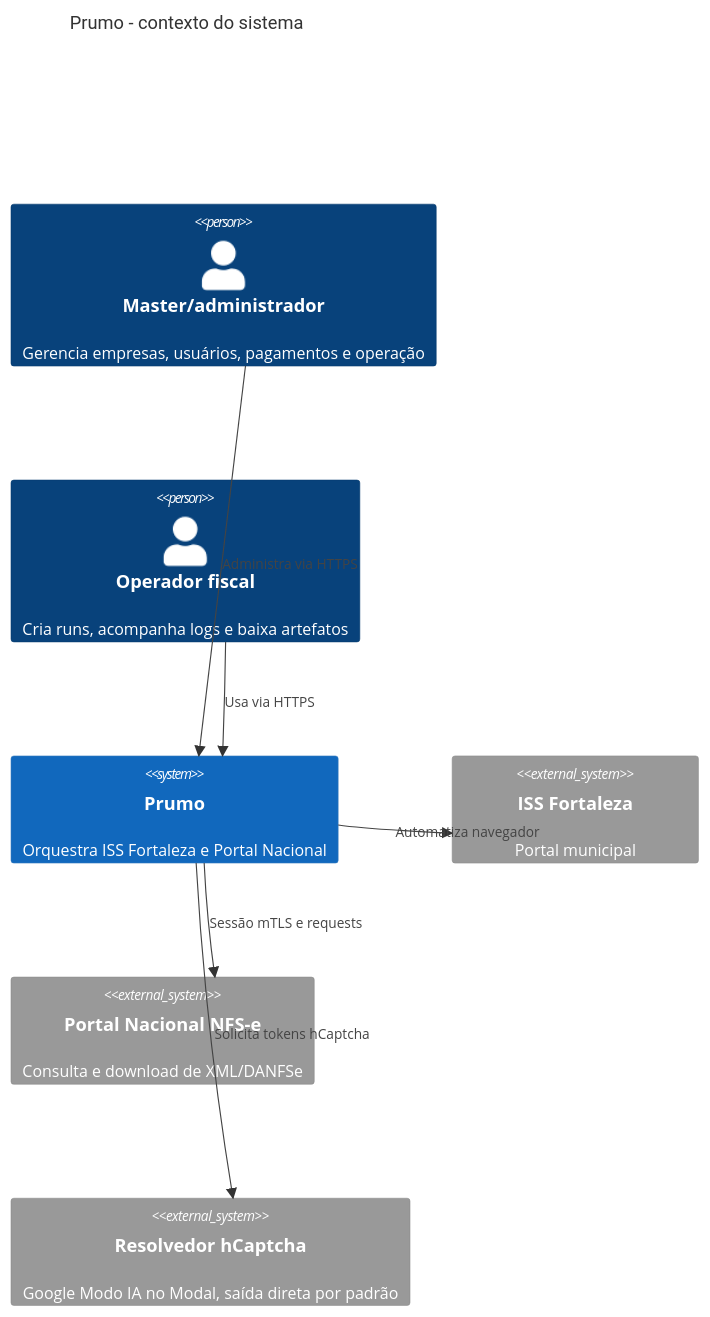
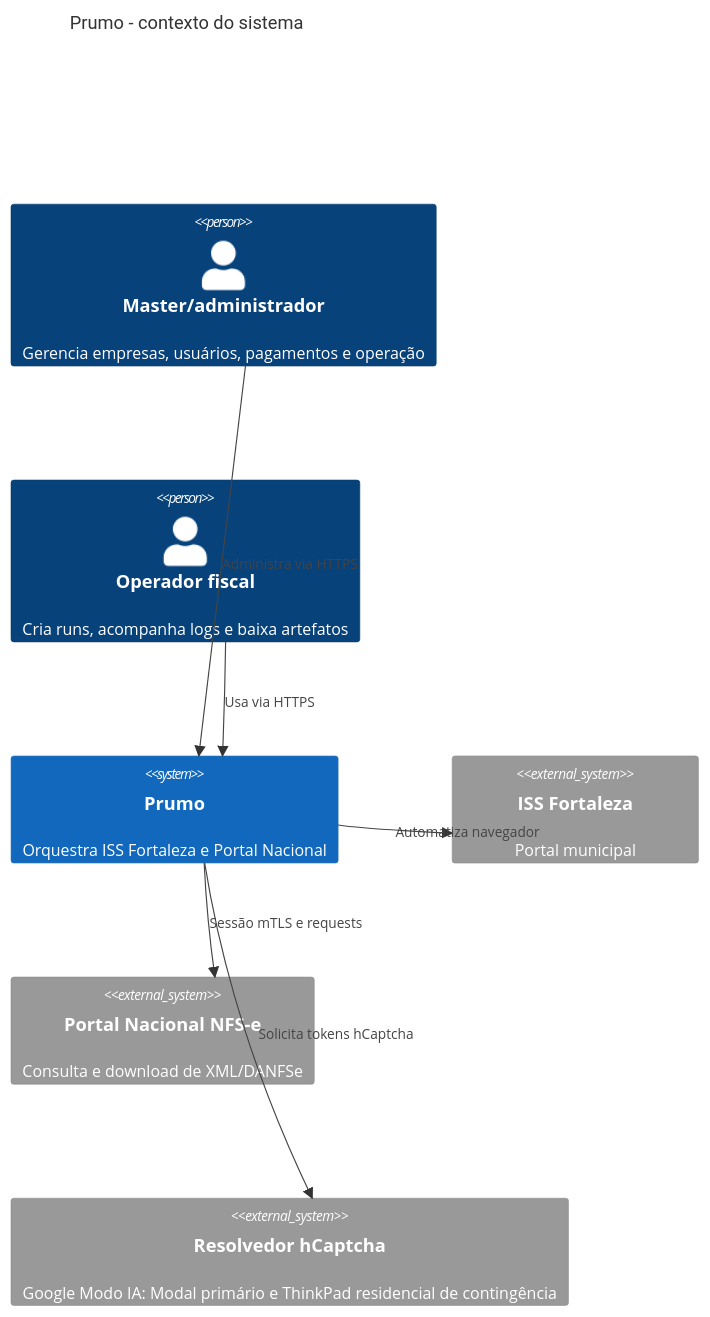
One commit to prumosistemas/app changed the first of 3 diagrams in docs/C4.md. Above: the diagram before and after it, drawn with Mermaid. The commit also changed other lines of this file and 14 other files, not shown here.

````diff
--- a/docs/C4.md
+++ b/docs/C4.md
@@ -5,15 +5,15 @@
 ```mermaid
 C4Context
   title Prumo - contexto do sistema
   Person(master, "Master/administrador", "Gerencia empresas, usuários, pagamentos e operação")
   Person(operador, "Operador fiscal", "Cria runs, acompanha logs e baixa artefatos")
   System(prumo, "Prumo", "Orquestra ISS Fortaleza e Portal Nacional")
   System_Ext(iss, "ISS Fortaleza", "Portal municipal")
   System_Ext(nfse, "Portal Nacional NFS-e", "Consulta e download de XML/DANFSe")
-  System_Ext(ai, "Resolvedor hCaptcha", "Google Modo IA no Modal, saída direta por padrão")
+  System_Ext(ai, "Resolvedor hCaptcha", "Google Modo IA: Modal primário e ThinkPad residencial de contingência")
   Rel(master, prumo, "Administra via HTTPS")
   Rel(operador, prumo, "Usa via HTTPS")
   Rel(prumo, iss, "Automatiza navegador")
   Rel(prumo, nfse, "Sessão mTLS e requests")
   Rel(prumo, ai, "Solicita tokens hCaptcha")
 ```
````
